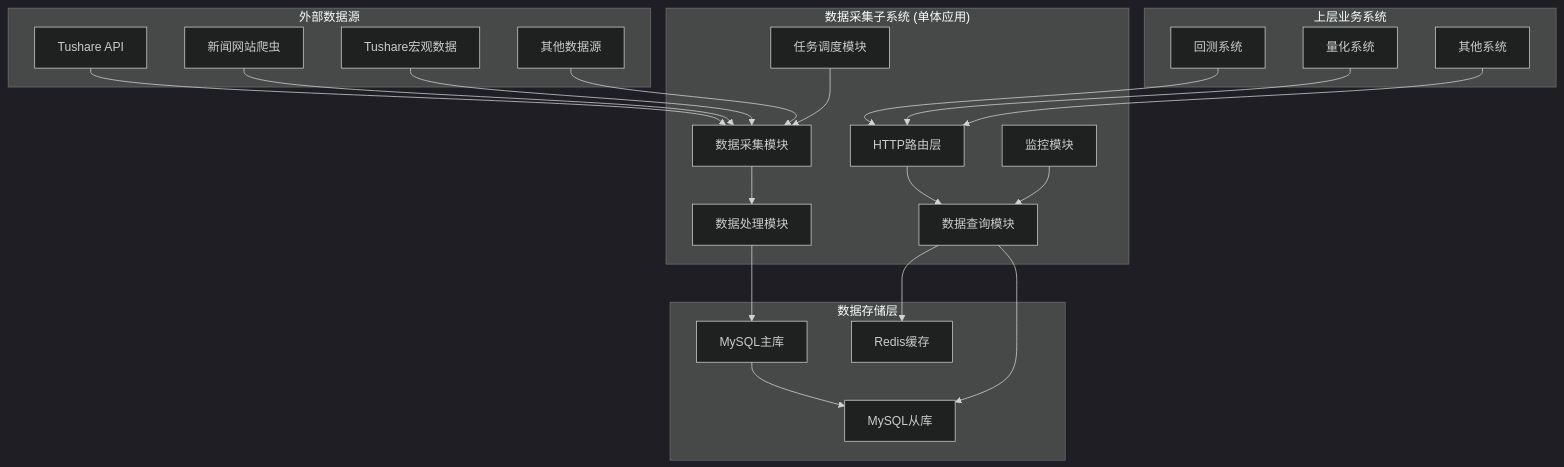
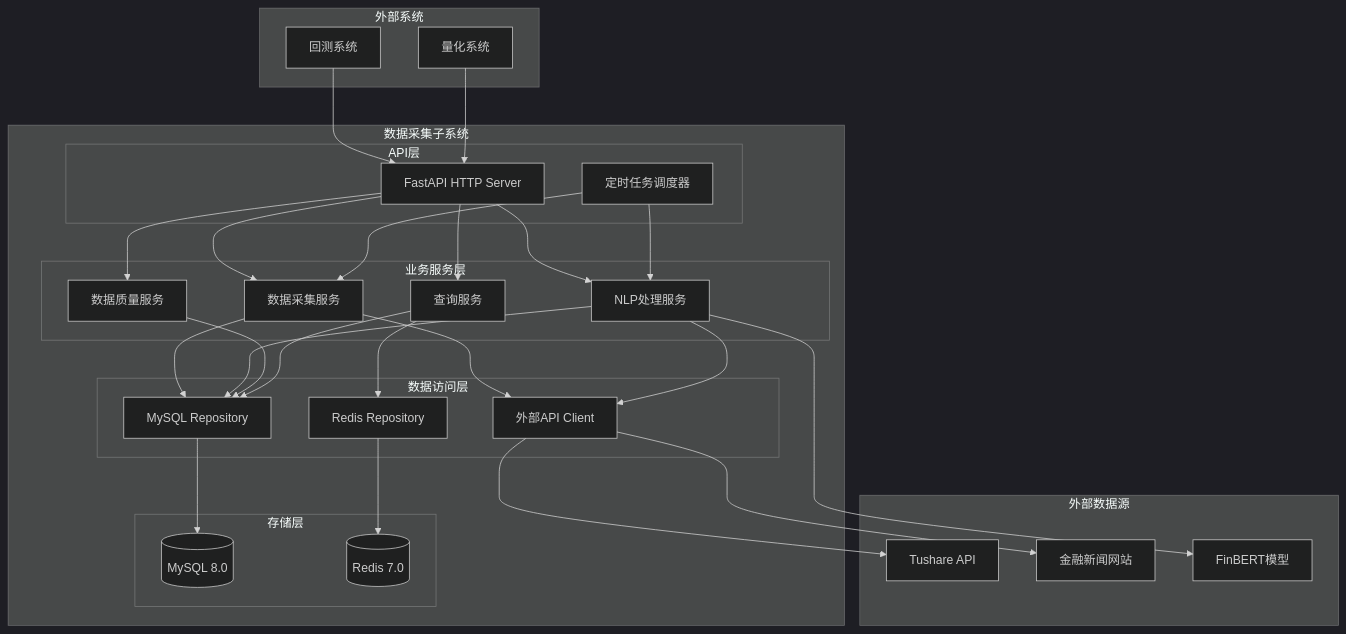
The first of 7 diagrams in .trae/documents/data_system_design_backend.md (Casper-Mars/trading), drawn with Mermaid (dark theme) before and after one commit. The commit also changed other lines of this file and 1 other file, not shown here.

````diff
--- a/.trae/documents/data_system_design_backend.md
+++ b/.trae/documents/data_system_design_backend.md
@@ -49,49 +176,59 @@
 ```mermaid
 graph TB
-    subgraph "外部数据源"
-        A1[Tushare API]
-        A2[新闻网站爬虫]
-        A3[Tushare宏观数据]
-        A4[其他数据源]
+    subgraph "外部系统"
+        A[回测系统]
+        B[量化系统]
     end
     
-    subgraph "数据采集子系统 (单体应用)"
-        B1[HTTP路由层]
-        B2[数据采集模块]
-        B3[数据处理模块]
-        B4[数据查询模块]
-        B5[任务调度模块]
-        B6[监控模块]
+    subgraph "数据采集子系统"
+        subgraph "API层"
+            C[FastAPI HTTP Server]
+            D[定时任务调度器]
+        end
+        
+        subgraph "业务服务层"
+            E[数据采集服务]
+            F[NLP处理服务]
+            G[数据质量服务]
+            H[查询服务]
+        end
+        
+        subgraph "数据访问层"
+            I[MySQL Repository]
+            J[Redis Repository]
+            K[外部API Client]
+        end
+        
+        subgraph "存储层"
+            L[(MySQL 8.0)]
+            M[(Redis 7.0)]
+        end
     end
     
-    subgraph "数据存储层"
-        C1[MySQL主库]
-        C2[MySQL从库]
-        C3[Redis缓存]
+    subgraph "外部数据源"
+        N[Tushare API]
+        O[金融新闻网站]
+        P[FinBERT模型]
     end
     
-    subgraph "上层业务系统"
-        E1[回测系统]
-        E2[量化系统]
-        E3[其他系统]
-    end
-    
-    A1 --> B2
-    A2 --> B2
-    A3 --> B2
-    A4 --> B2
-    
-    B2 --> B3
-    B3 --> C1
-    C1 --> C2
-    
-    E1 --> B1
-    E2 --> B1
-    E3 --> B1
-    B1 --> B4
-    B4 --> C2
-    B4 --> C3
-    
-    B5 --> B2
-    B6 --> B4
+    A --> C
+    B --> C
+    C --> E
+    C --> F
+    C --> G
+    C --> H
+    D --> E
+    D --> F
+    E --> I
+    F --> I
+    G --> I
+    H --> I
+    H --> J
+    E --> K
+    F --> K
+    I --> L
+    J --> M
+    K --> N
+    K --> O
+    F --> P
 ```
````
